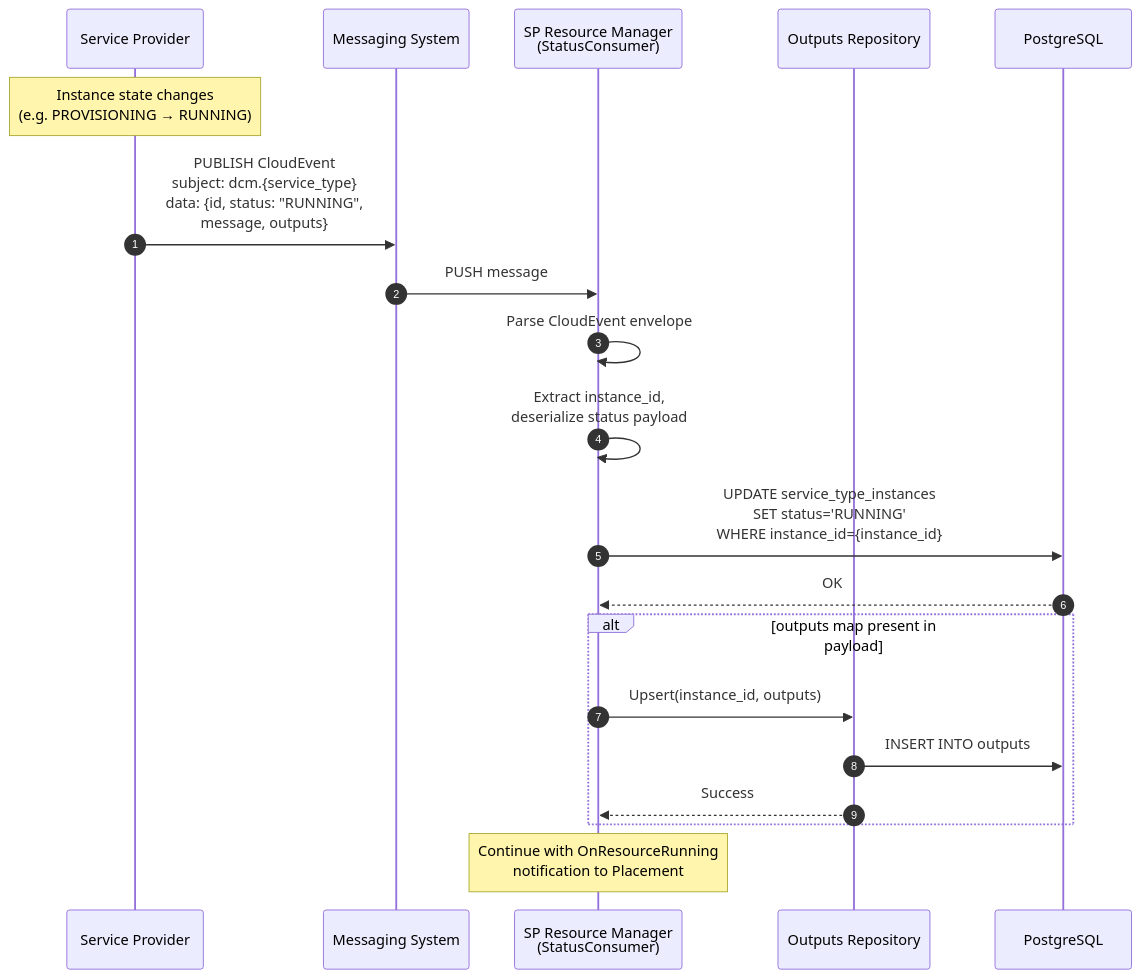
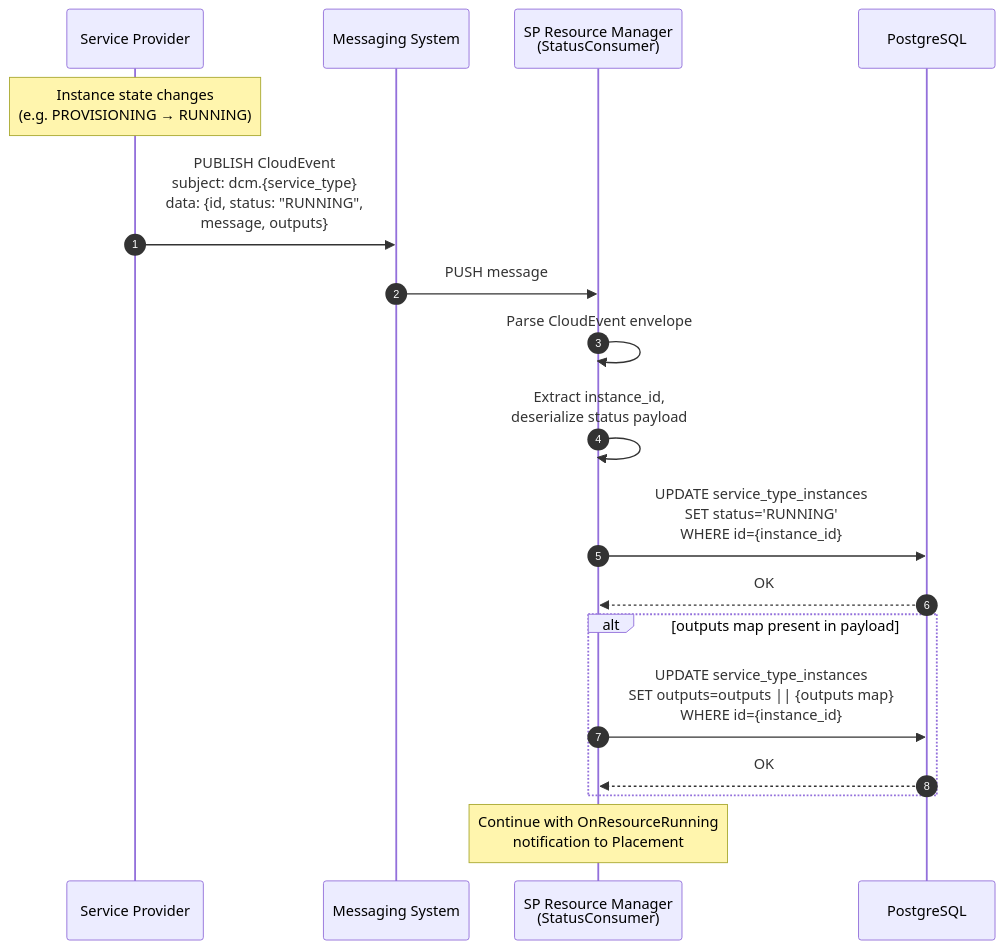
Before and after one commit to dcm-project/enhancements: the first of 2 diagrams in enhancements/cross-provider-outputs/cross-provider-outputs.md, drawn with Mermaid. The commit also changed other lines of this file, not shown here.

Commit message:
Adopt column approach for storing outputs

````diff
--- a/enhancements/cross-provider-outputs/cross-provider-outputs.md
+++ b/enhancements/cross-provider-outputs/cross-provider-outputs.md
@@ -335,29 +337,27 @@
 ```mermaid
 sequenceDiagram
     autonumber
     participant SP as Service Provider
     participant MS as Messaging System
     participant SC as SP Resource Manager<br/>(StatusConsumer)
-    participant OR as Outputs Repository
     participant DB as PostgreSQL
 
     Note over SP: Instance state changes<br/>(e.g. PROVISIONING → RUNNING)
 
     SP->>MS: PUBLISH CloudEvent<br/>subject: dcm.{service_type}<br/>data: {id, status: "RUNNING",<br/>message, outputs}
 
     MS->>SC: PUSH message
 
     SC->>SC: Parse CloudEvent envelope
     SC->>SC: Extract instance_id,<br/>deserialize status payload
 
-    SC->>DB: UPDATE service_type_instances<br/>SET status='RUNNING'<br/>WHERE instance_id={instance_id}
+    SC->>DB: UPDATE service_type_instances<br/>SET status='RUNNING'<br/>WHERE id={instance_id}
     DB-->>SC: OK
 
     alt outputs map present in payload
-        SC->>OR: Upsert(instance_id, outputs)
-        OR->>DB: INSERT INTO outputs
-        OR-->>SC: Success
+        SC->>DB: UPDATE service_type_instances<br/>SET outputs=outputs || {outputs map}<br/>WHERE id={instance_id}
+        DB-->>SC: OK
     end
 
     Note over SC: Continue with OnResourceRunning<br/>notification to Placement
 ```
````
